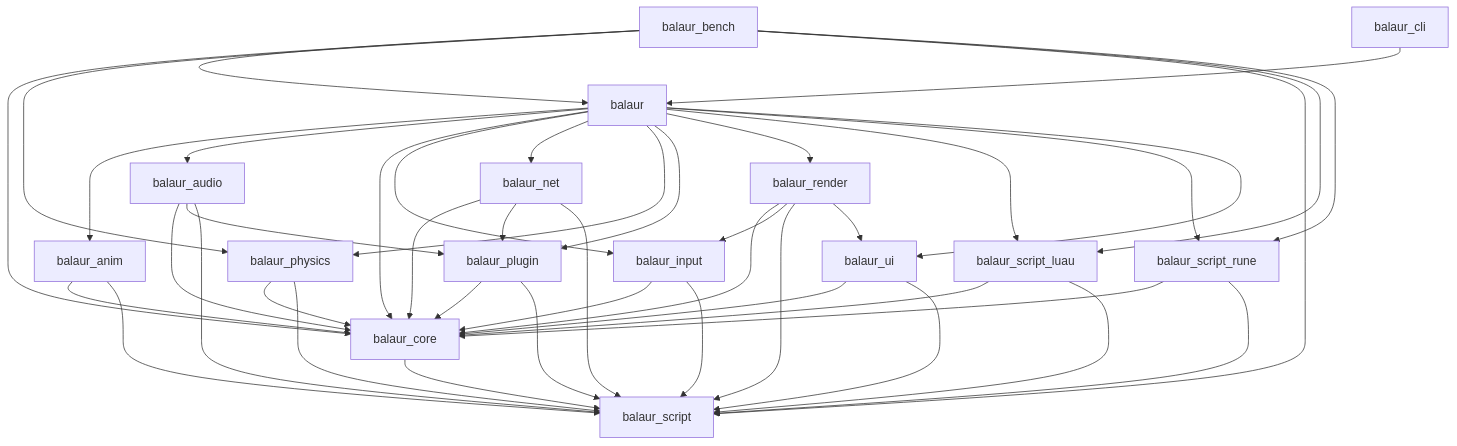
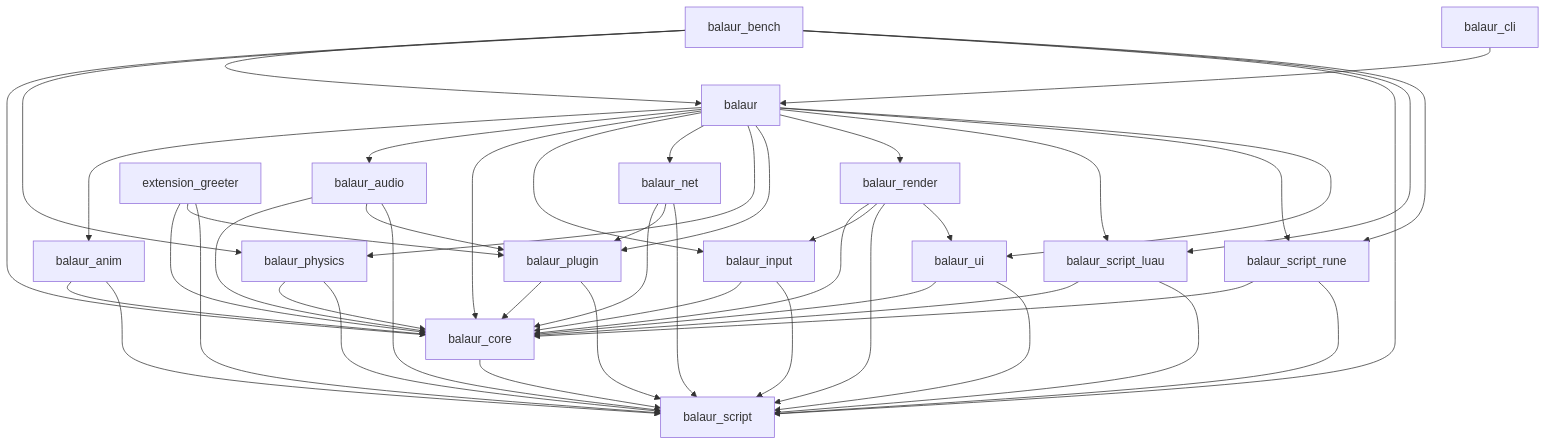
Before and after one commit to balaurengine/balaur: the diagram in docs/generated/crate-graph.md, drawn with Mermaid. The commit also changed 15 other files, not shown here.

````diff
--- a/docs/generated/crate-graph.md
+++ b/docs/generated/crate-graph.md
@@ -8,61 +8,65 @@
 ```mermaid
 graph TD
   balaur[balaur]
   balaur_anim[balaur_anim]
   balaur_audio[balaur_audio]
   balaur_bench[balaur_bench]
   balaur_cli[balaur_cli]
   balaur_core[balaur_core]
   balaur_input[balaur_input]
   balaur_net[balaur_net]
   balaur_physics[balaur_physics]
   balaur_plugin[balaur_plugin]
   balaur_render[balaur_render]
   balaur_script[balaur_script]
   balaur_script_luau[balaur_script_luau]
   balaur_script_rune[balaur_script_rune]
   balaur_ui[balaur_ui]
+  extension_greeter[extension_greeter]
   balaur --> balaur_anim
   balaur --> balaur_audio
   balaur --> balaur_core
   balaur --> balaur_input
   balaur --> balaur_net
   balaur --> balaur_physics
   balaur --> balaur_plugin
   balaur --> balaur_render
   balaur --> balaur_script_luau
   balaur --> balaur_script_rune
   balaur --> balaur_ui
   balaur_anim --> balaur_core
   balaur_anim --> balaur_script
   balaur_audio --> balaur_core
   balaur_audio --> balaur_plugin
   balaur_audio --> balaur_script
   balaur_bench --> balaur
   balaur_bench --> balaur_core
   balaur_bench --> balaur_physics
   balaur_bench --> balaur_script
   balaur_bench --> balaur_script_luau
   balaur_bench --> balaur_script_rune
   balaur_cli --> balaur
   balaur_core --> balaur_script
   balaur_input --> balaur_core
   balaur_input --> balaur_script
   balaur_net --> balaur_core
   balaur_net --> balaur_plugin
   balaur_net --> balaur_script
   balaur_physics --> balaur_core
   balaur_physics --> balaur_script
   balaur_plugin --> balaur_core
   balaur_plugin --> balaur_script
   balaur_render --> balaur_core
   balaur_render --> balaur_input
   balaur_render --> balaur_script
   balaur_render --> balaur_ui
   balaur_script_luau --> balaur_core
   balaur_script_luau --> balaur_script
   balaur_script_rune --> balaur_core
   balaur_script_rune --> balaur_script
   balaur_ui --> balaur_core
   balaur_ui --> balaur_script
+  extension_greeter --> balaur_core
+  extension_greeter --> balaur_plugin
+  extension_greeter --> balaur_script
 ```
````
